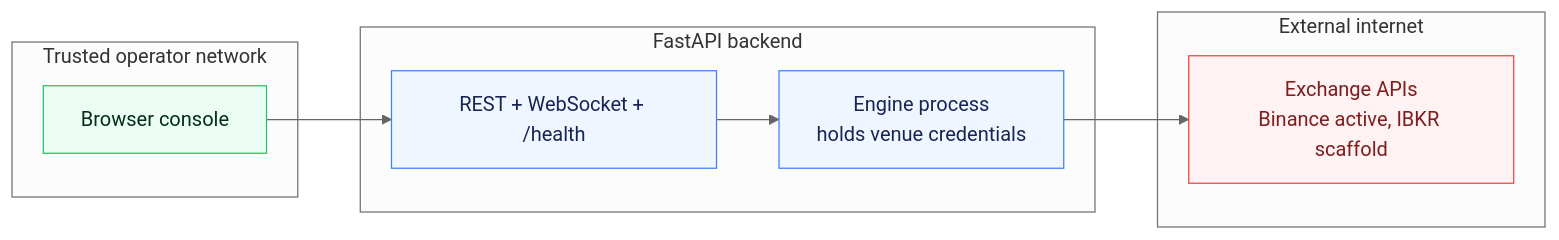
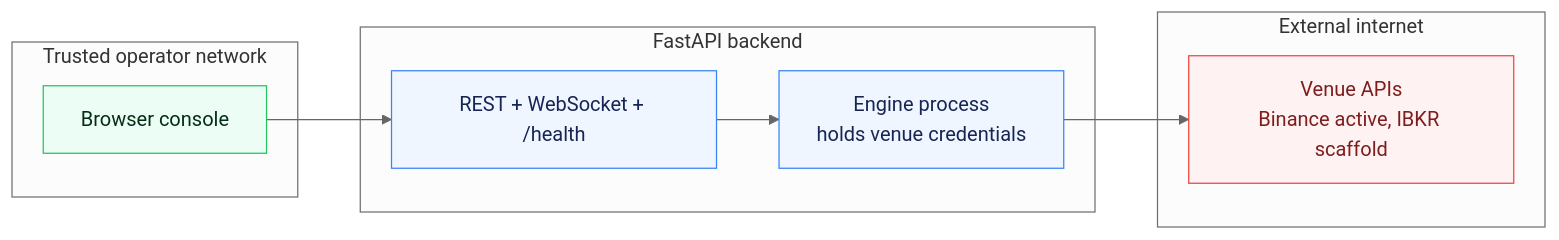
The diagram in docs/SECURITY.md (Zendragon98/algo-trading-hub), drawn with Mermaid (neutral theme) before and after one commit. The commit also changed other lines of this file and 12 other files, not shown here.

````diff
--- a/docs/SECURITY.md
+++ b/docs/SECURITY.md
@@ -9,26 +9,26 @@
 ```mermaid
 flowchart LR
     subgraph Operator["Trusted operator network"]
         BROWSER["Browser console"]
     end
 
     subgraph Backend["FastAPI backend"]
         API["REST + WebSocket + /health"]
         ENGINE["Engine process<br/>holds venue credentials"]
         API --> ENGINE
     end
 
     subgraph Internet["External internet"]
-        VENUE["Exchange APIs<br/>Binance active, IBKR scaffold"]
+        VENUE["Venue APIs<br/>Binance active, IBKR scaffold"]
     end
 
     BROWSER --> API
     ENGINE --> VENUE
 
     classDef trusted fill:#ecfdf5,stroke:#22c55e,color:#052e16
     classDef backend fill:#eff6ff,stroke:#3b82f6,color:#172554
     classDef external fill:#fef2f2,stroke:#ef4444,color:#7f1d1d
     class BROWSER trusted
     class API,ENGINE backend
     class VENUE external
 ```
````
